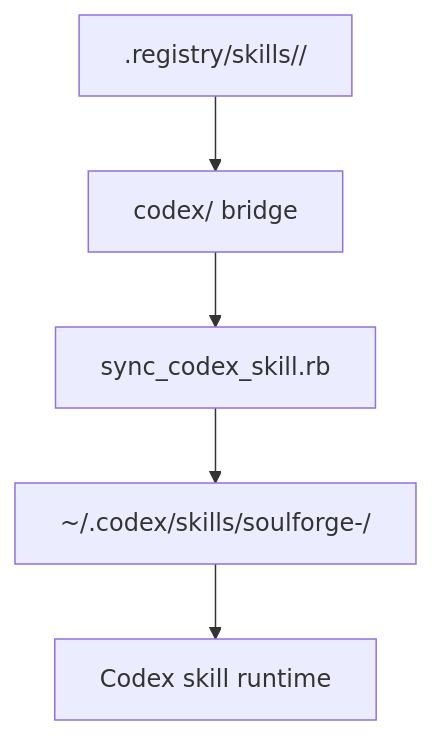
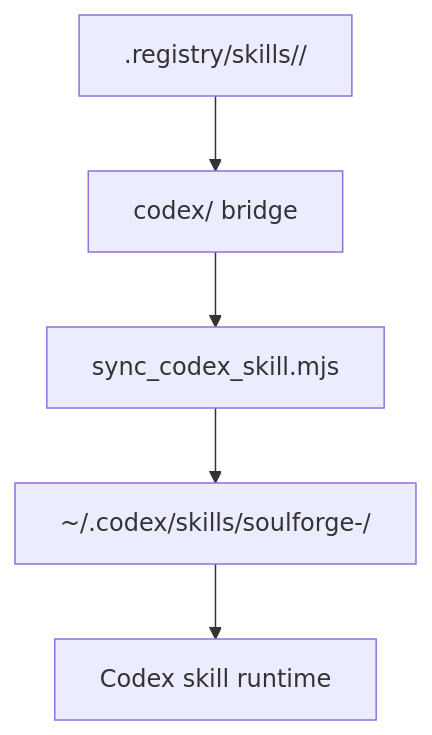
The diagram in .registry/docs/operations/SKILL_INSTALL_SYNC.md (SungYongMOON/soulforge), drawn with Mermaid before and after one commit. The commit also changed other lines of this file and 14 other files, not shown here.

````diff
--- a/.registry/docs/operations/SKILL_INSTALL_SYNC.md
+++ b/.registry/docs/operations/SKILL_INSTALL_SYNC.md
@@ -14,7 +14,7 @@
 ```mermaid
 flowchart TD
   RP[".registry/skills/<skill_id>/"] --> CD["codex/ bridge"]
-  CD --> SYNC["sync_codex_skill.rb"]
+  CD --> SYNC["sync_codex_skill.mjs"]
   SYNC --> INST["~/.codex/skills/soulforge-<skill-id>/"]
   INST --> CX["Codex skill runtime"]
 ```
````
